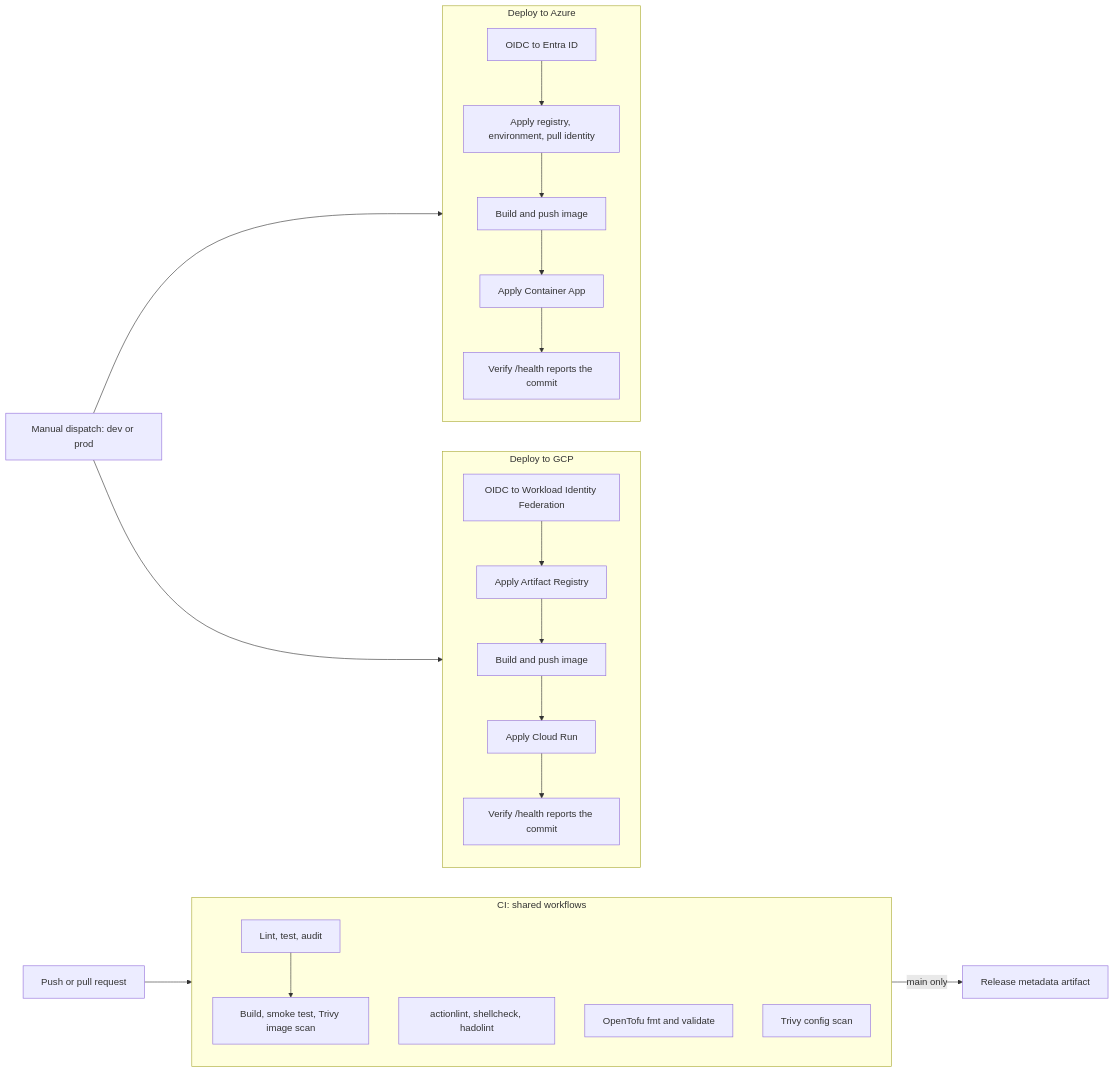
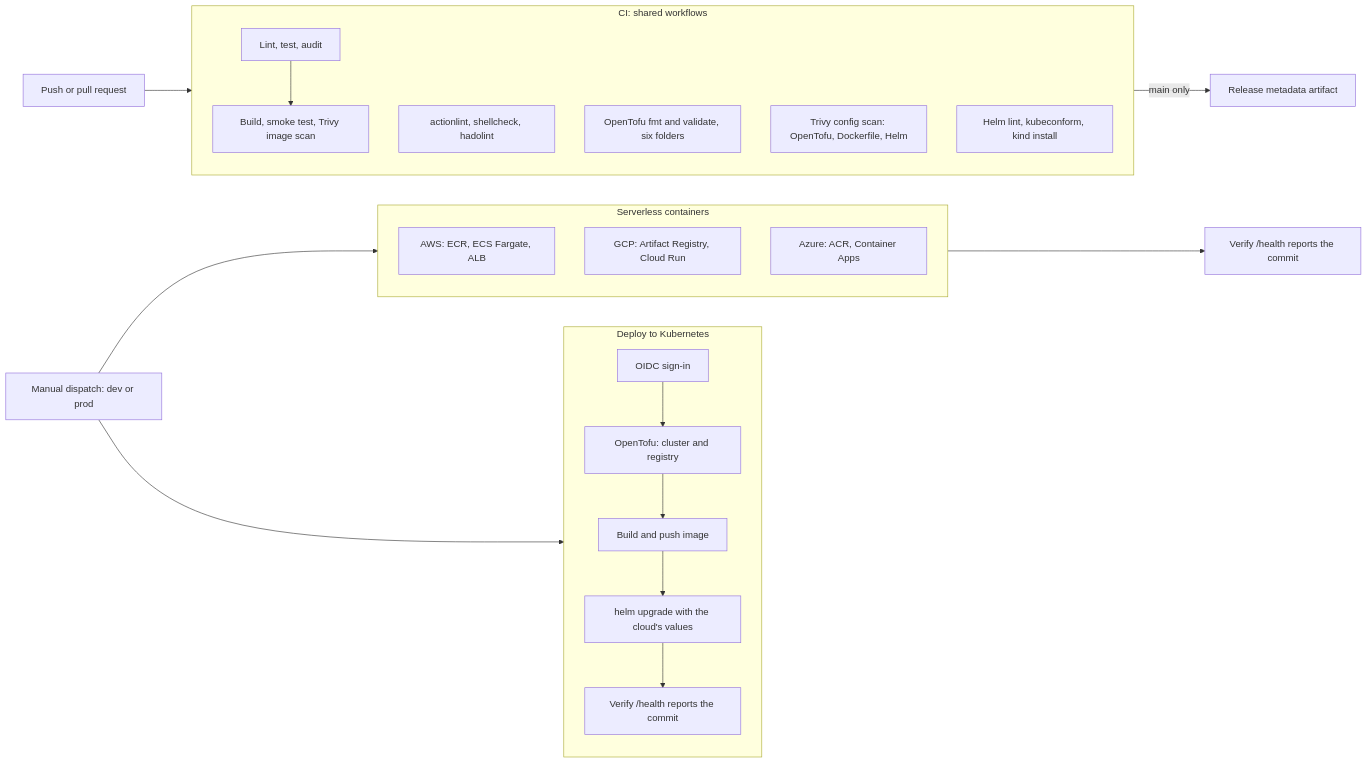
The diagram in docs/architecture.md (Naresh1401/enterprise-multi-cloud), drawn with Mermaid before and after one commit. The commit also changed other lines of this file and 2 other files, not shown here.

First line of the commit message:
Document the six deployment targets

````diff
--- a/docs/architecture.md
+++ b/docs/architecture.md
@@ -10,27 +11,32 @@
 ```mermaid
 flowchart LR
   dev[Push or pull request] --> ci
 
   subgraph ci[CI: shared workflows]
     py[Lint, test, audit]
     lint[actionlint, shellcheck, hadolint]
-    tofu[OpenTofu fmt and validate]
-    sec[Trivy config scan]
+    tofu[OpenTofu fmt and validate, six folders]
+    sec[Trivy config scan: OpenTofu, Dockerfile, Helm]
     img[Build, smoke test, Trivy image scan]
+    helm[Helm lint, kubeconform, kind install]
     py --> img
   end
 
   ci -->|main only| meta[Release metadata artifact]
 
-  op[Manual dispatch: dev or prod] --> gcp & az
+  op[Manual dispatch: dev or prod] --> serverless & k8s
 
-  subgraph gcp[Deploy to GCP]
-    g1[OIDC to Workload Identity Federation] --> g2[Apply Artifact Registry]
-    g2 --> g3[Build and push image] --> g4[Apply Cloud Run] --> g5[Verify /health reports the commit]
+  subgraph serverless[Serverless containers]
+    ecs[AWS: ECR, ECS Fargate, ALB]
+    run[GCP: Artifact Registry, Cloud Run]
+    aca[Azure: ACR, Container Apps]
   end
 
-  subgraph az[Deploy to Azure]
-    a1[OIDC to Entra ID] --> a2[Apply registry, environment, pull identity]
-    a2 --> a3[Build and push image] --> a4[Apply Container App] --> a5[Verify /health reports the commit]
+  subgraph k8s[Deploy to Kubernetes]
+    k1[OIDC sign-in] --> k2[OpenTofu: cluster and registry]
+    k2 --> k3[Build and push image] --> k4[helm upgrade with the cloud's values]
+    k4 --> k5[Verify /health reports the commit]
   end
+
+  serverless --> verify[Verify /health reports the commit]
 ```
````
